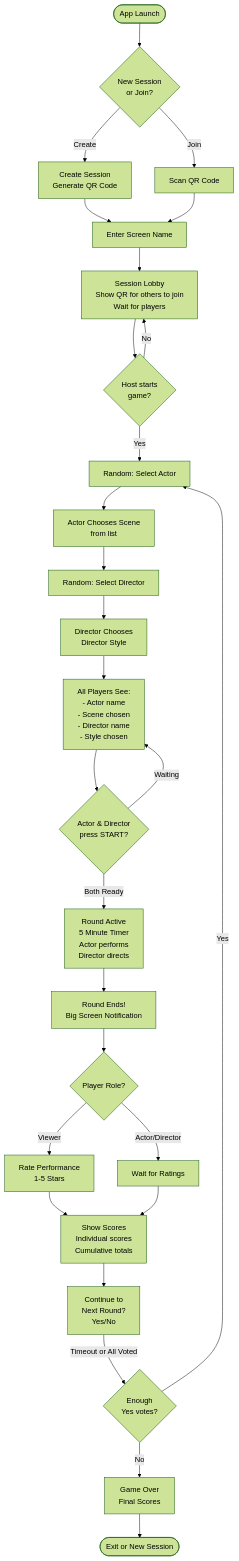
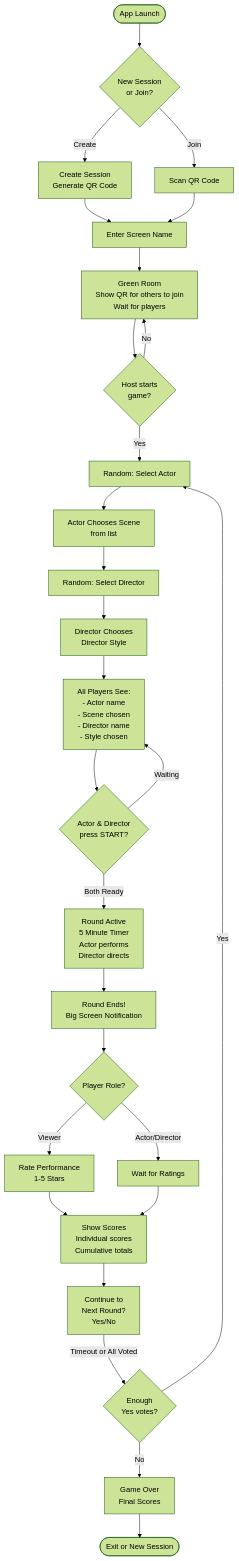
Before and after one commit to jav/lucho-party-game: the diagram in design/game-flow.md, drawn with Mermaid (forest theme). The commit also changed other lines of this file and 18 other files, not shown here.

Commit message:
Change 'Session Lobby' to 'Green Room' throughout codebase

````diff
--- a/design/game-flow.md
+++ b/design/game-flow.md
@@ -5,48 +5,48 @@
 ```mermaid
 flowchart TD
     Start([App Launch]) --> CreateOrJoin{New Session<br/>or Join?}
     
     CreateOrJoin -->|Create| CreateSession[Create Session<br/>Generate QR Code]
     CreateOrJoin -->|Join| ScanQR[Scan QR Code]
     
     CreateSession --> EnterName[Enter Screen Name]
     ScanQR --> EnterName
     
-    EnterName --> Lobby[Session Lobby<br/>Show QR for others to join<br/>Wait for players]
+    EnterName --> Lobby[Green Room<br/>Show QR for others to join<br/>Wait for players]
     
     Lobby --> StartGame{Host starts<br/>game?}
     StartGame -->|No| Lobby
     StartGame -->|Yes| SelectActor[Random: Select Actor]
     
     SelectActor --> ActorChoosesScene[Actor Chooses Scene<br/>from list]
     
     ActorChoosesScene --> SelectDirector[Random: Select Director]
     
     SelectDirector --> DirectorChoosesStyle[Director Chooses<br/>Director Style]
     
     DirectorChoosesStyle --> PreRoundScreen[All Players See:<br/>- Actor name<br/>- Scene chosen<br/>- Director name<br/>- Style chosen]
     
     PreRoundScreen --> ActorDirectorReady{Actor & Director<br/>press START?}
     
     ActorDirectorReady -->|Waiting| PreRoundScreen
     ActorDirectorReady -->|Both Ready| RoundActive[Round Active<br/>5 Minute Timer<br/>Actor performs<br/>Director directs]
     
     RoundActive --> RoundEnd[Round Ends!<br/>Big Screen Notification]
     
     RoundEnd --> RatingScreen{Player Role?}
     
     RatingScreen -->|Viewer| RatePerformance[Rate Performance<br/>1-5 Stars]
     RatingScreen -->|Actor/Director| WaitForRatings[Wait for Ratings]
     
     RatePerformance --> ShowScores[Show Scores<br/>Individual scores<br/>Cumulative totals]
     WaitForRatings --> ShowScores
     
     ShowScores --> NextRound[Continue to<br/>Next Round?<br/>Yes/No]
     
     NextRound -->|Timeout or All Voted| CheckVotes{Enough<br/>Yes votes?}
     
     CheckVotes -->|Yes| SelectActor
     CheckVotes -->|No| GameOver[Game Over<br/>Final Scores]
     
     GameOver --> End([Exit or New Session])
 ```
````
